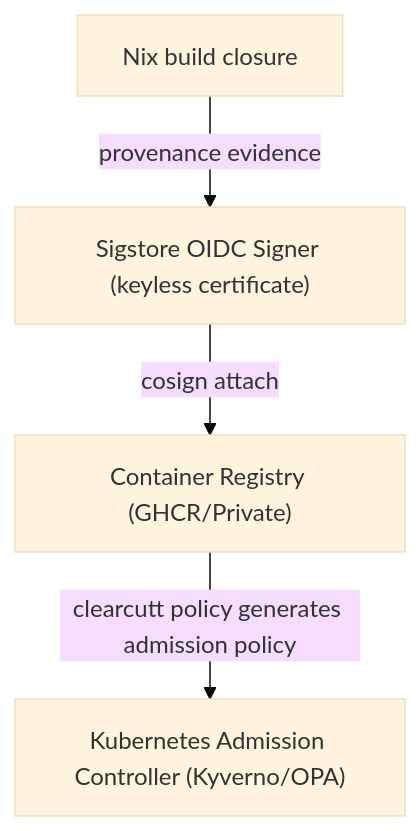
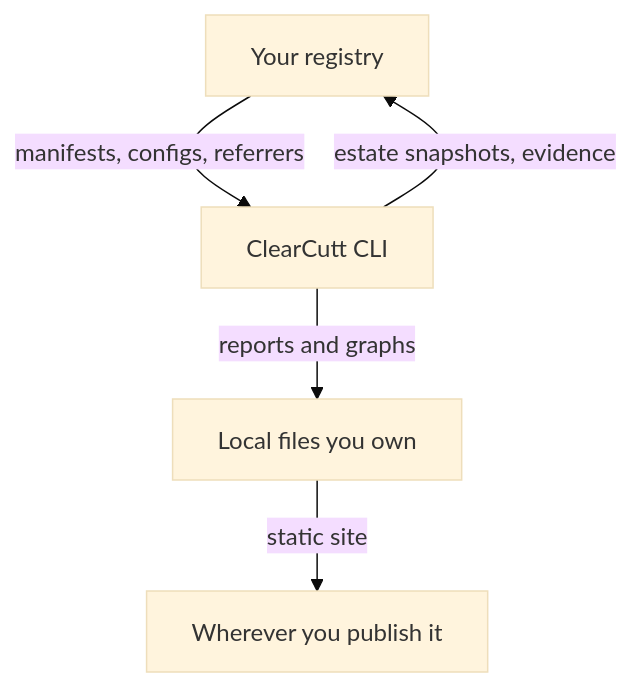
One commit to northcutted/clearcutt changed the diagram in docs/security-model.md. Above: the diagram before and after it, drawn with Mermaid (base theme). The commit also changed other lines of this file and 375 other files, not shown here.

Commit message:
feat!: Remove the image factory: ClearCutt governs estates it did not build (#39)

````diff
--- a/docs/security-model.md
+++ b/docs/security-model.md
@@ -32,6 +36,7 @@
 ```mermaid
 graph TD
-    A["Nix build closure"] -->|provenance evidence| B["Sigstore OIDC Signer (keyless certificate)"]
-    B -->|cosign attach| C["Container Registry (GHCR/Private)"]
-    C -->|clearcutt policy generates admission policy| D["Kubernetes Admission Controller (Kyverno/OPA)"]
+    A["Your registry"] -->|manifests, configs, referrers| B["ClearCutt CLI"]
+    B -->|reports and graphs| C["Local files you own"]
+    B -->|estate snapshots, evidence| A
+    C -->|static site| D["Wherever you publish it"]
 ```
````
